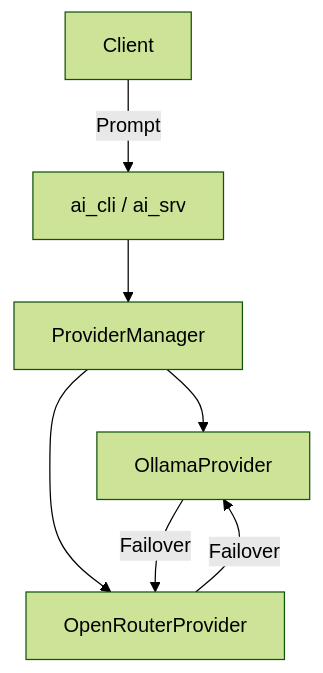
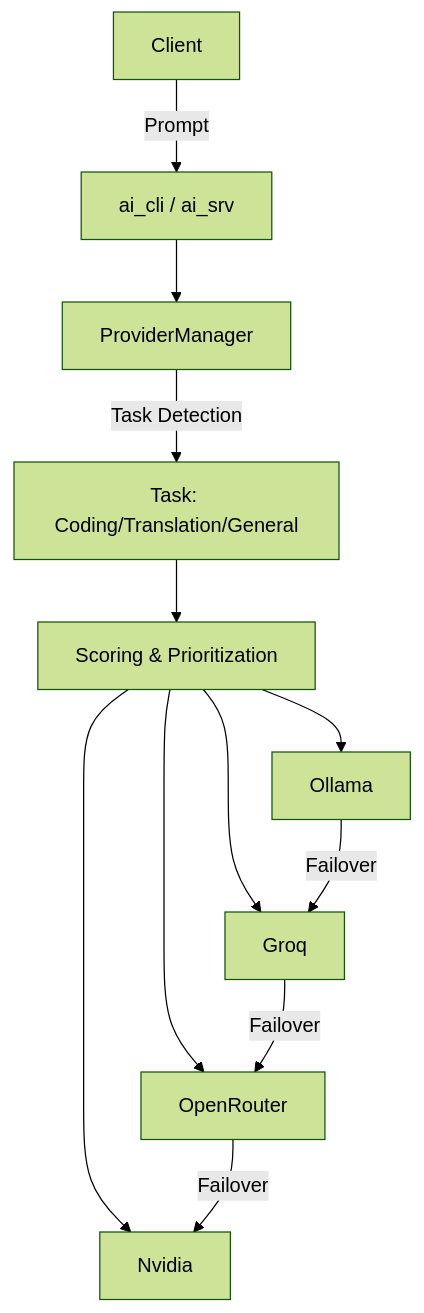
The diagram in README.md (Zheng-Bote/ai_txt-system), drawn with Mermaid (forest theme) before and after one commit. The commit also changed other lines of this file and 14 other files, not shown here.

````diff
--- a/README.md
+++ b/README.md
@@ -21,9 +23,14 @@
 ```mermaid
 graph TD
     A[Client] -->|Prompt| B[ai_cli / ai_srv]
     B --> C[ProviderManager]
-    C --> D[OllamaProvider]
-    C --> E[OpenRouterProvider]
-    D -->|Failover| E
-    E -->|Failover| D
+    C -->|Task Detection| T[Task: Coding/Translation/General]
+    T --> SC[Scoring & Prioritization]
+    SC --> P1[Ollama]
+    SC --> P2[OpenRouter]
+    SC --> P3[Groq]
+    SC --> P4[Nvidia]
+    P1 -->|Failover| P3
+    P3 -->|Failover| P2
+    P2 -->|Failover| P4
 ```
````
